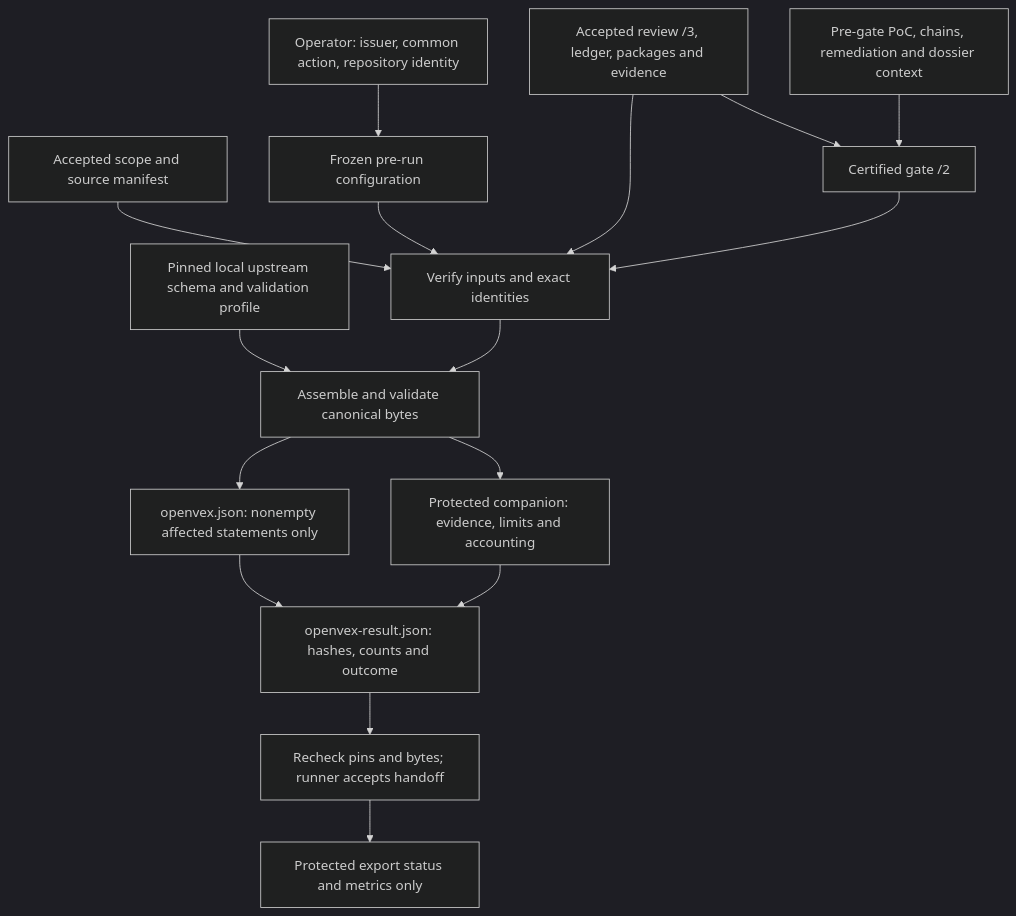
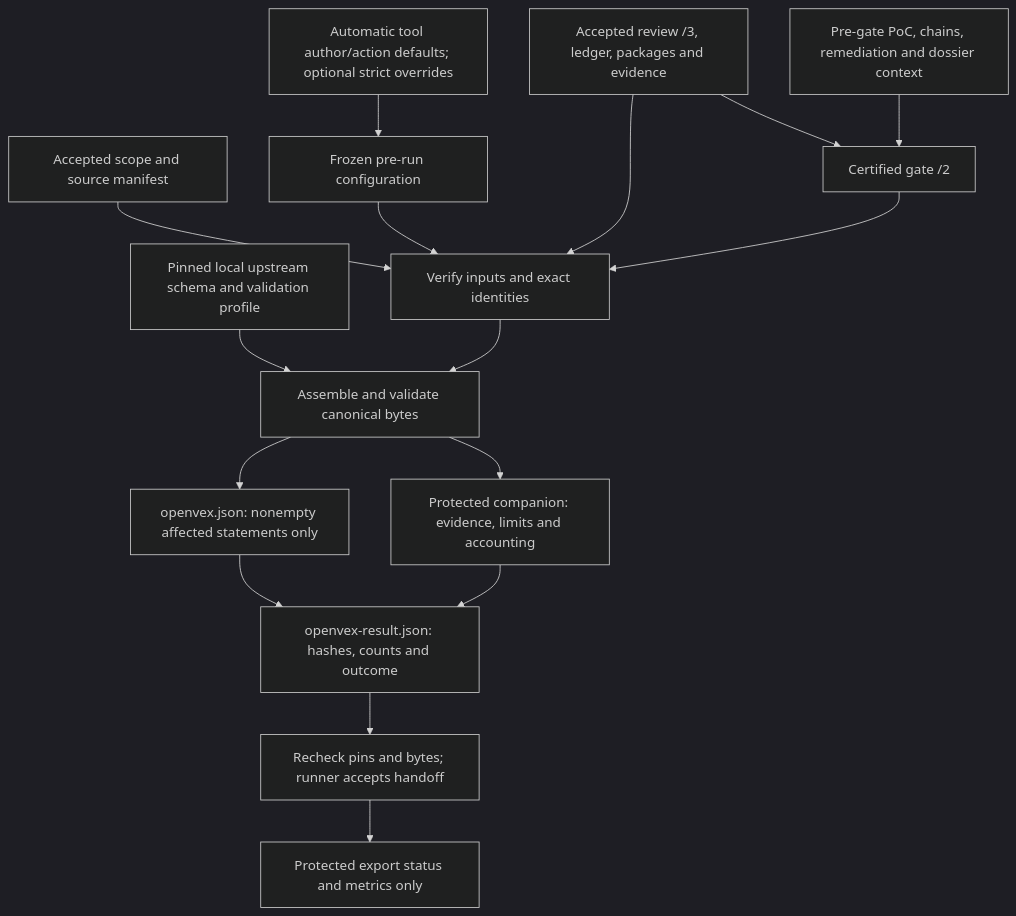
One commit to wsollers/appsec-review changed the first of 3 diagrams in docs/operations/openvex-export.md. Above: the diagram before and after it, drawn with Mermaid (dark theme). The commit also changed other lines of this file and 10 other files, not shown here.

````diff
--- a/docs/operations/openvex-export.md
+++ b/docs/operations/openvex-export.md
@@ -36,18 +43,18 @@
 ```mermaid
 flowchart TD
-    Operator["Operator: issuer, common action, repository identity"] --> Config["Frozen pre-run configuration"]
+    Defaults["Automatic tool author/action defaults; optional strict overrides"] --> Config["Frozen pre-run configuration"]
     Review["Accepted review /3, ledger, packages and evidence"] --> Gate["Certified gate /2"]
     Completion["Pre-gate PoC, chains, remediation and dossier context"] --> Gate
     Scope["Accepted scope and source manifest"] --> Verify["Verify inputs and exact identities"]
     Config --> Verify
     Review --> Verify
     Gate --> Verify
     Schema["Pinned local upstream schema and validation profile"] --> Assemble["Assemble and validate canonical bytes"]
     Verify --> Assemble
     Assemble --> Vex["openvex.json: nonempty affected statements only"]
     Assemble --> Companion["Protected companion: evidence, limits and accounting"]
     Vex --> Result["openvex-result.json: hashes, counts and outcome"]
     Companion --> Result
     Result --> Accept["Recheck pins and bytes; runner accepts handoff"]
     Accept --> OperatorView["Protected export status and metrics only"]
 ```
````
